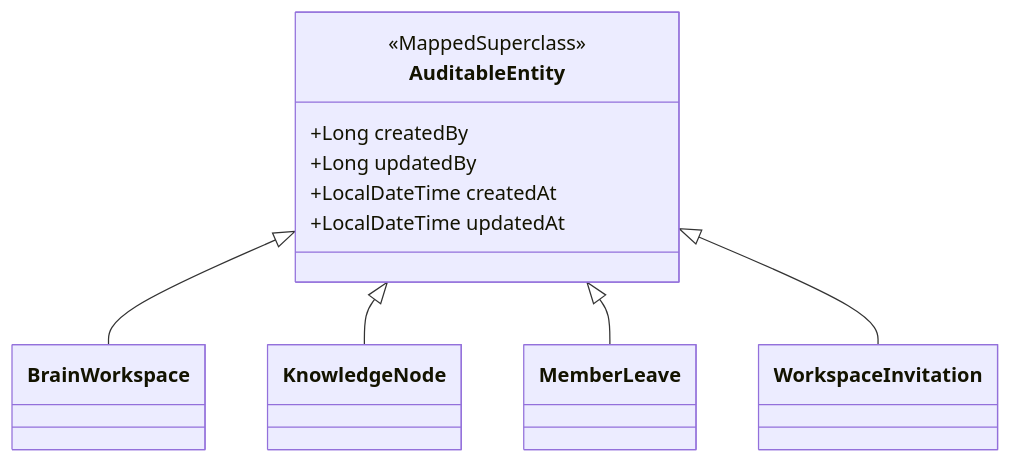
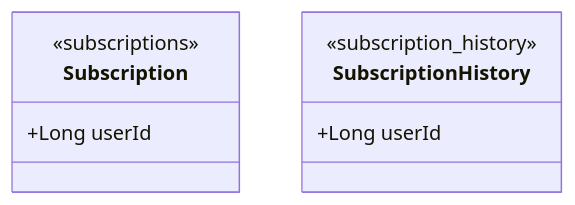
The fifth of 7 diagrams in v1/03-architecture/Diagramme_Classes_UML.md (taskforce-project/taskforce-docs), drawn with Mermaid before and after one commit. The commit also changed other lines of this file, not shown here.

First line of the commit message:
refactor: update UML class diagram documentation

````diff
--- a/v1/03-architecture/Diagramme_Classes_UML.md
+++ b/v1/03-architecture/Diagramme_Classes_UML.md
@@ -203,14 +292,11 @@
 ```mermaid
 classDiagram
-  class AuditableEntity {
-    <<MappedSuperclass>>
-    +Long createdBy
-    +Long updatedBy
-    +LocalDateTime createdAt
-    +LocalDateTime updatedAt
+  class Subscription {
+    <<subscriptions>>
+    +Long userId
   }
-  AuditableEntity <|-- BrainWorkspace
-  AuditableEntity <|-- KnowledgeNode
-  AuditableEntity <|-- MemberLeave
-  AuditableEntity <|-- WorkspaceInvitation
+  class SubscriptionHistory {
+    <<subscription_history>>
+    +Long userId
+  }
 ```
````
